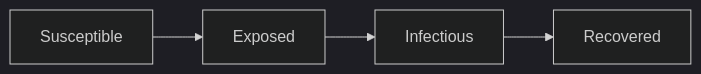
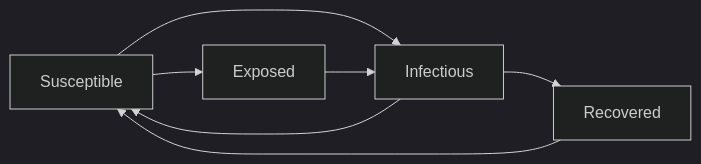
One commit to UCL-ARC/amr-hub changed the diagram in docs/infection-module-planning.md. Above: the diagram before and after it, drawn with Mermaid (dark theme). The commit also changed other lines of this file, not shown here.

````diff
--- a/docs/infection-module-planning.md
+++ b/docs/infection-module-planning.md
@@ -29,6 +29,9 @@
 ```mermaid
 flowchart LR
    S[Susceptible] --> E[Exposed]
-   E --> I[Infectious]
+   S --> I[Infectious]
+   E --> I
    I --> R[Recovered]
+   I --> S
+   R --> S
 ```
````
